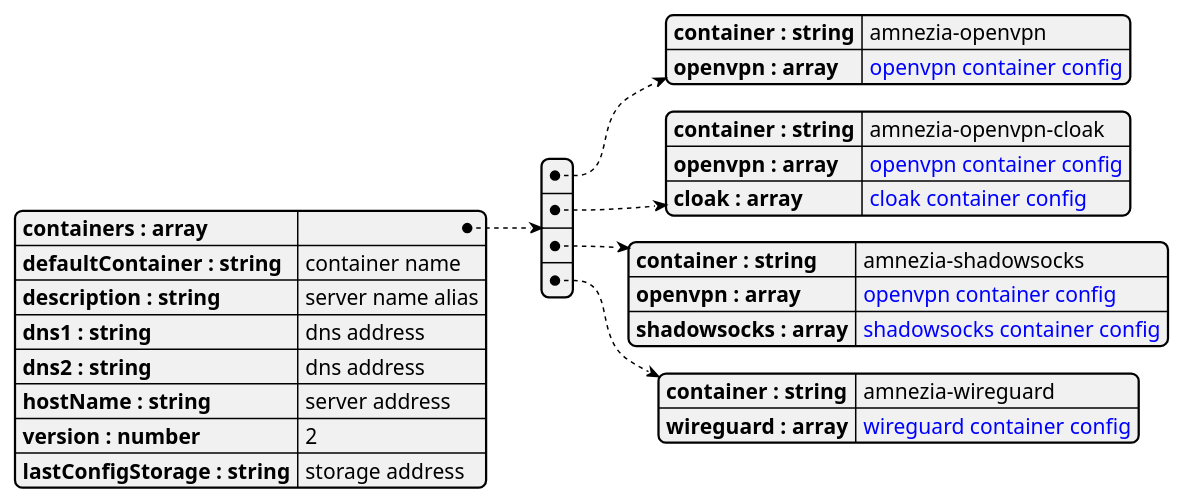
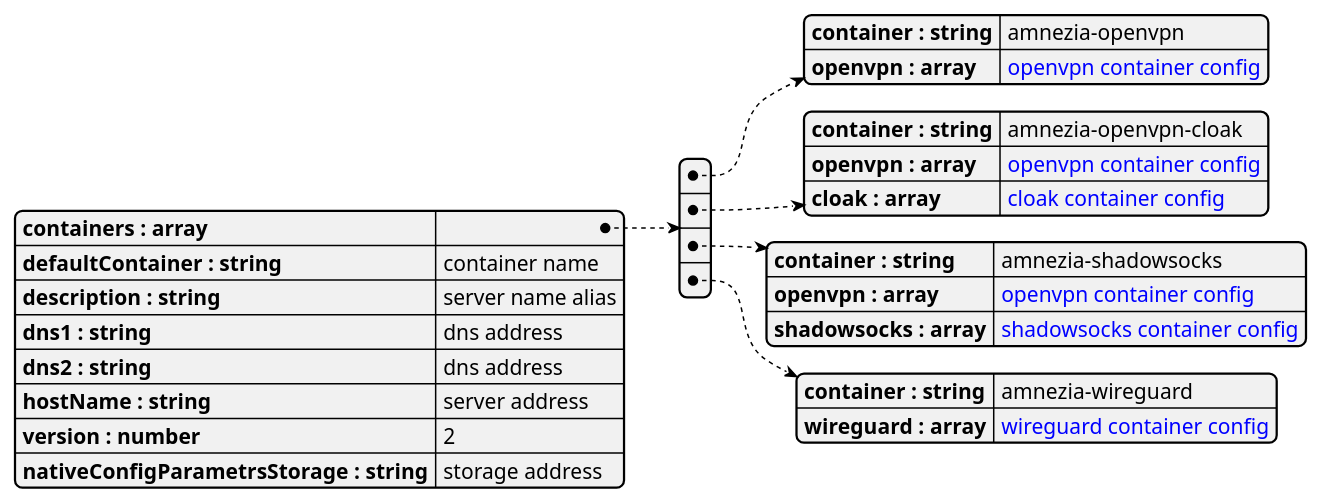
The diagram in docs/configs/serverConfigWithoutWriteAccessV2.plantuml (amnezia-vpn/amnezia-client), drawn with PlantUML before and after one commit. The commit also changed 24 other files, not shown here.

```diff
--- a/docs/configs/serverConfigWithoutWriteAccessV2.plantuml
+++ b/docs/configs/serverConfigWithoutWriteAccessV2.plantuml
@@ -1,32 +1,32 @@
-@startjson
+@startjson serverConfigWithoutWriteAccessV2
 {
    "containers : array": 
    [
         {
             "container : string": "amnezia-openvpn",
             "openvpn : array": "<color:blue>openvpn container config"
         },
         {
             "container : string": "amnezia-openvpn-cloak",
             "openvpn : array": "<color:blue>openvpn container config",
             "cloak : array": "<color:blue>cloak container config"
         },
         {
             "container : string": "amnezia-shadowsocks",
             "openvpn : array": "<color:blue>openvpn container config",
             "shadowsocks : array": "<color:blue>shadowsocks container config"
         },
         {
             "container : string": "amnezia-wireguard",
             "wireguard : array": "<color:blue>wireguard container config"
         }
    ],
     "defaultContainer : string": "container name",
     "description : string": "server name alias",
     "dns1 : string": "dns address",
     "dns2 : string": "dns address",
     "hostName : string": "server address",
     "version : number": "2",
-    "lastConfigStorage : string": "storage address"
+    "nativeConfigParametrsStorage : string": "storage address"
 }
 @endjson
```
